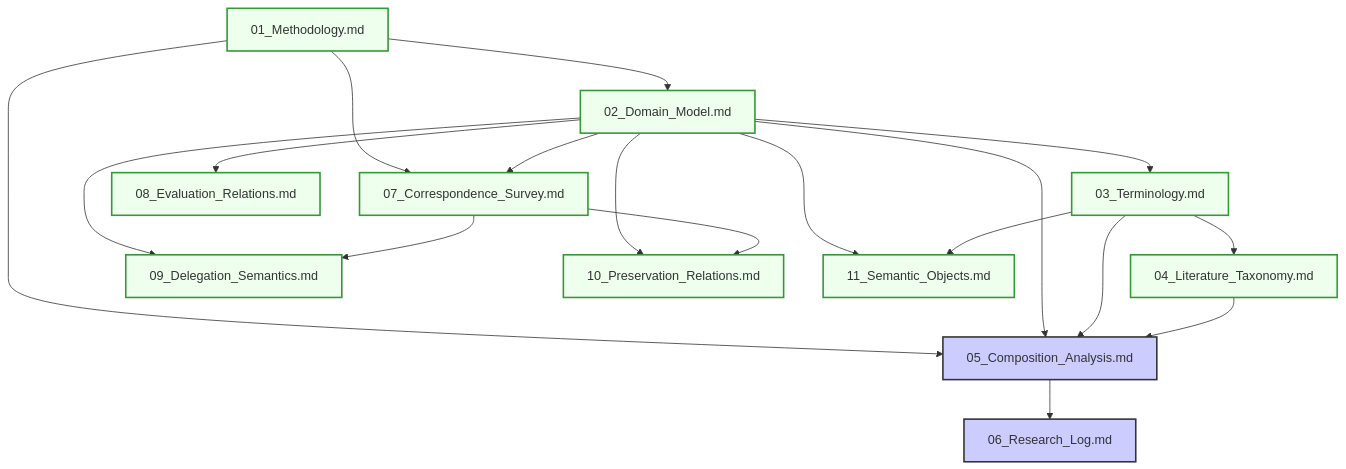
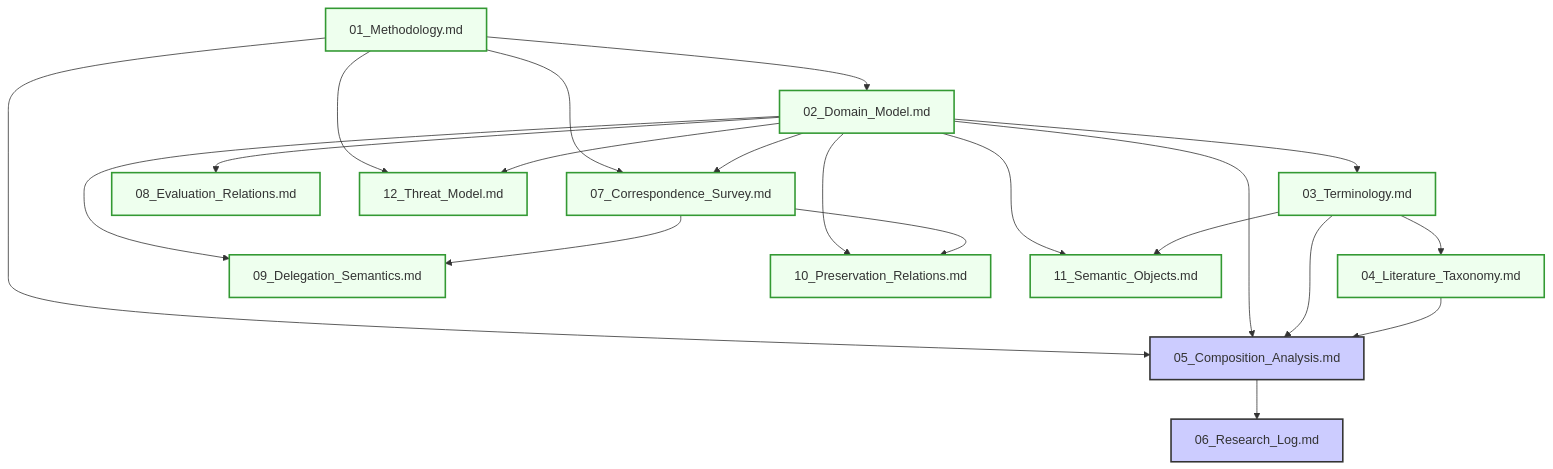
One commit to Iradukunda-Fils/Cortex changed the diagram in master_plan.md. Above: the diagram before and after it, drawn with Mermaid. The commit also changed other lines of this file and 9 other files, not shown here.

First line of the commit message:
research: lock meta-design, adopt H_prop, and integrate threat model baseline

````diff
--- a/master_plan.md
+++ b/master_plan.md
@@ -142,31 +149,34 @@
 ```mermaid
 graph TD
     MT[01_Methodology.md] --> DM[02_Domain_Model.md]
     DM --> TM[03_Terminology.md]
     TM --> LT[04_Literature_Taxonomy.md]
     MT --> CA[05_Composition_Analysis.md]
     DM --> CA
     TM --> CA
     LT --> CA
     CA --> RL[06_Research_Log.md]
     
     MT --> CS[07_Correspondence_Survey.md]
     DM --> CS
     
     DM --> ER[08_Evaluation_Relations.md]
     
     DM --> DS[09_Delegation_Semantics.md]
     CS --> DS
     
     DM --> PR[10_Preservation_Relations.md]
     CS --> PR
     
     DM --> SO[11_Semantic_Objects.md]
     TM --> SO
 
+    MT --> TM2[12_Threat_Model.md]
+    DM --> TM2
+
     classDef locked fill:#efe,stroke:#393,stroke-width:2px;
     classDef active fill:#ccf,stroke:#333,stroke-width:2px;
 
-    class MT,DM,TM,LT,CS,ER,DS,PR,SO locked;
+    class MT,DM,TM,LT,CS,ER,DS,PR,SO,TM2 locked;
     class CA,RL active;
 ```
````
